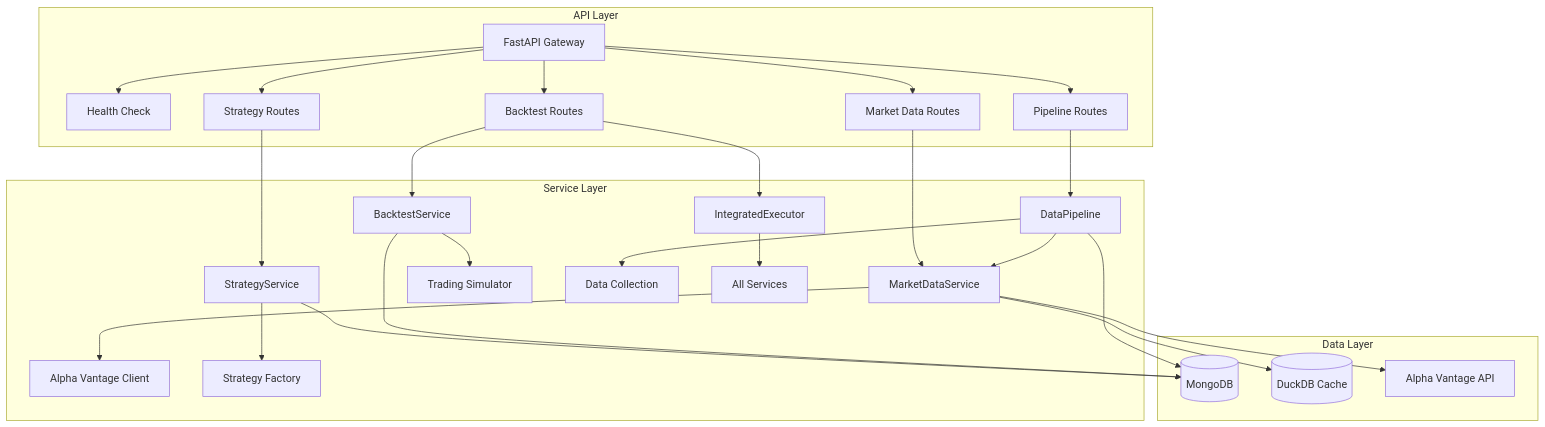
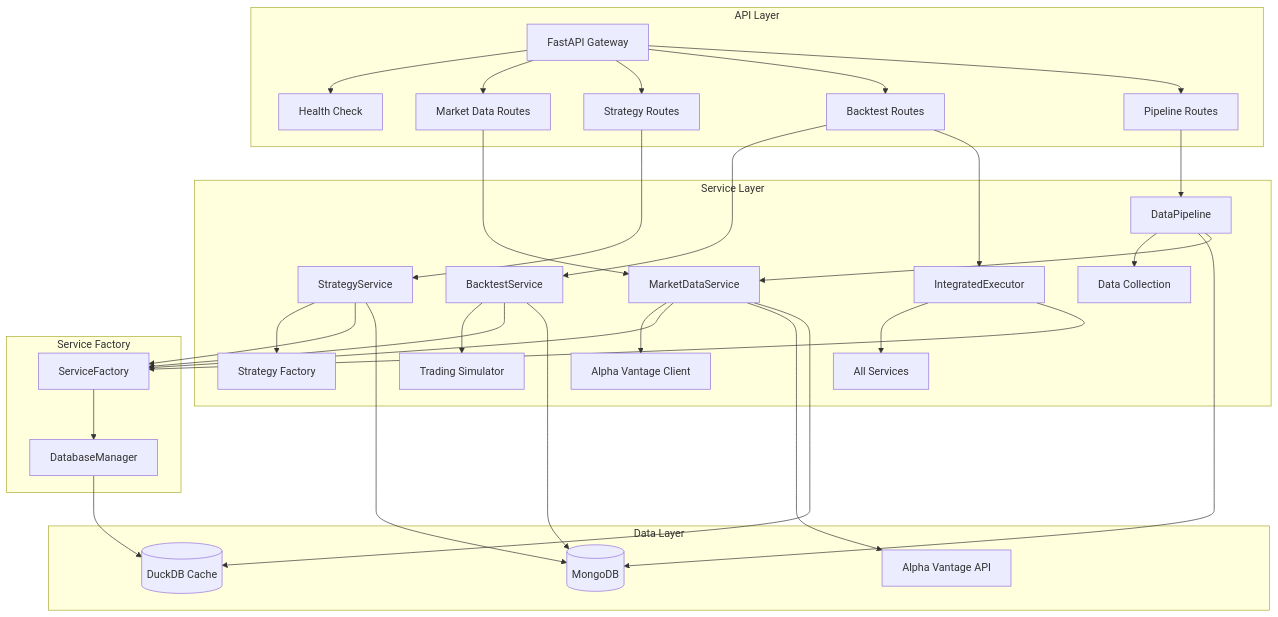
Before and after one commit to Br0therDan/quant: the first of 4 diagrams in README.md, drawn with Mermaid. The commit also changed other lines of this file and 27 other files, not shown here.

````diff
--- a/README.md
+++ b/README.md
@@ -7,37 +9,48 @@
 ```mermaid
 graph TB
     subgraph "API Layer"
         A[FastAPI Gateway] --> B[Health Check]
         A --> C[Market Data Routes]
         A --> D[Strategy Routes]
         A --> E[Backtest Routes]
         A --> F[Pipeline Routes]
     end
 
     subgraph "Service Layer"
         G[MarketDataService] --> G1[Alpha Vantage Client]
         H[StrategyService] --> H1[Strategy Factory]
         I[BacktestService] --> I1[Trading Simulator]
         J[DataPipeline] --> J1[Data Collection]
         K[IntegratedExecutor] --> L[All Services]
     end
 
     subgraph "Data Layer"
         M[(MongoDB)]
         N[(DuckDB Cache)]
         O[Alpha Vantage API]
     end
 
+    subgraph "Service Factory"
+        SF[ServiceFactory]
+        DM[DatabaseManager]
+    end
+
     C --> G
     D --> H
     E --> I
     F --> J
     E --> K
 
+    G --> SF
+    H --> SF
+    I --> SF
+    K --> SF
+    SF --> DM
+    DM --> N
     G --> O
     G --> N
     H --> M
     I --> M
     J --> M
     J --> G
 ```
````
